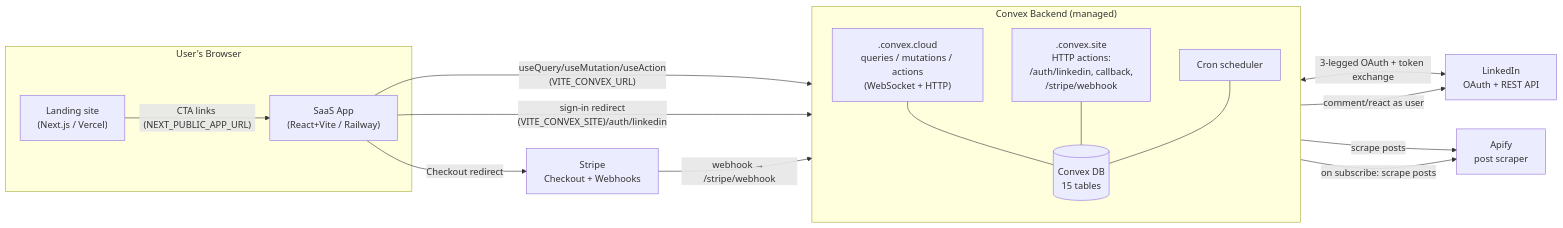
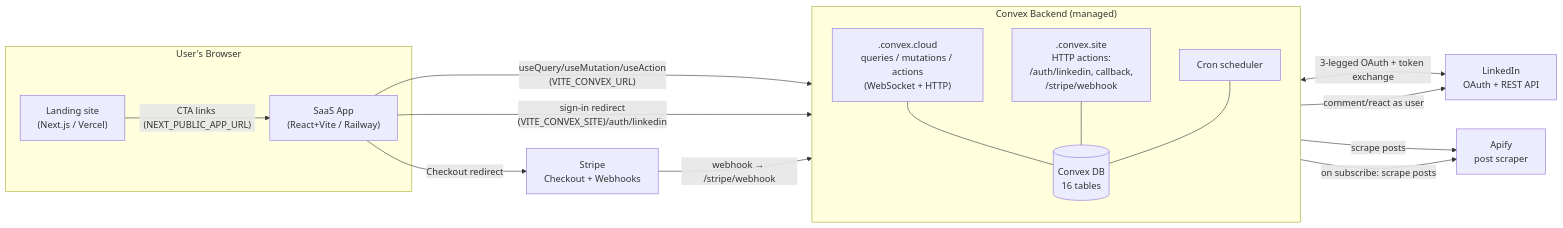
One commit to henriko202/glowing-octo-guide changed the first of 18 diagrams in docs/PLATFORM.md. Above: the diagram before and after it, drawn with Mermaid. The commit also changed other lines of this file and 32 other files, not shown here.

````diff
--- a/docs/PLATFORM.md
+++ b/docs/PLATFORM.md
@@ -104,32 +104,32 @@
 ```mermaid
 flowchart LR
   subgraph Client["User's Browser"]
     Landing["Landing site<br/>(Next.js / Vercel)"]
     App["SaaS App<br/>(React+Vite / Railway)"]
   end
 
   subgraph Convex["Convex Backend (managed)"]
     direction TB
     Cloud[".convex.cloud<br/>queries / mutations / actions<br/>(WebSocket + HTTP)"]
     Site[".convex.site<br/>HTTP actions:<br/>/auth/linkedin, callback,<br/>/stripe/webhook"]
-    DB[("Convex DB<br/>15 tables")]
+    DB[("Convex DB<br/>16 tables")]
     Crons["Cron scheduler"]
     Cloud --- DB
     Site --- DB
     Crons --- DB
   end
 
   LinkedIn["LinkedIn<br/>OAuth + REST API"]
   Stripe["Stripe<br/>Checkout + Webhooks"]
   Apify["Apify<br/>post scraper"]
 
   Landing -- "CTA links (NEXT_PUBLIC_APP_URL)" --> App
   App -- "useQuery/useMutation/useAction<br/>(VITE_CONVEX_URL)" --> Cloud
   App -- "sign-in redirect<br/>(VITE_CONVEX_SITE)/auth/linkedin" --> Site
   Site <-- "3-legged OAuth + token exchange" --> LinkedIn
   Cloud -- "comment/react as user" --> LinkedIn
   App -- "Checkout redirect" --> Stripe
   Stripe -- "webhook → /stripe/webhook" --> Site
   Crons -- "scrape posts" --> Apify
   Cloud -- "on subscribe: scrape posts" --> Apify
 ```
````
